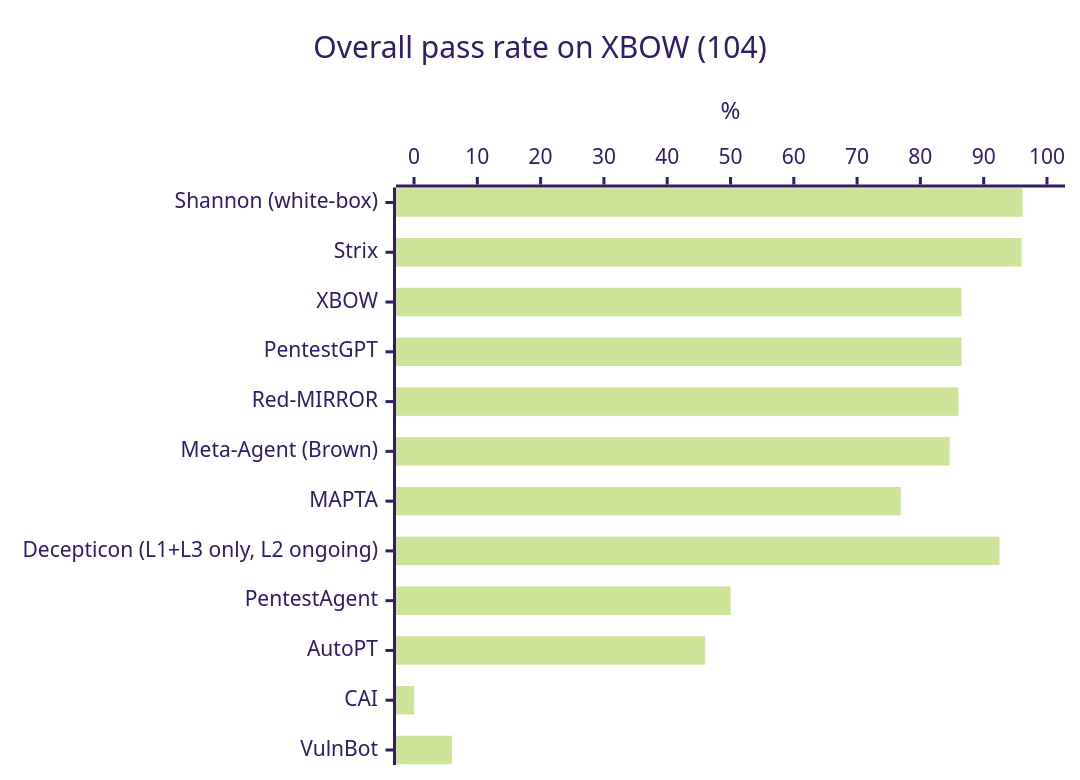
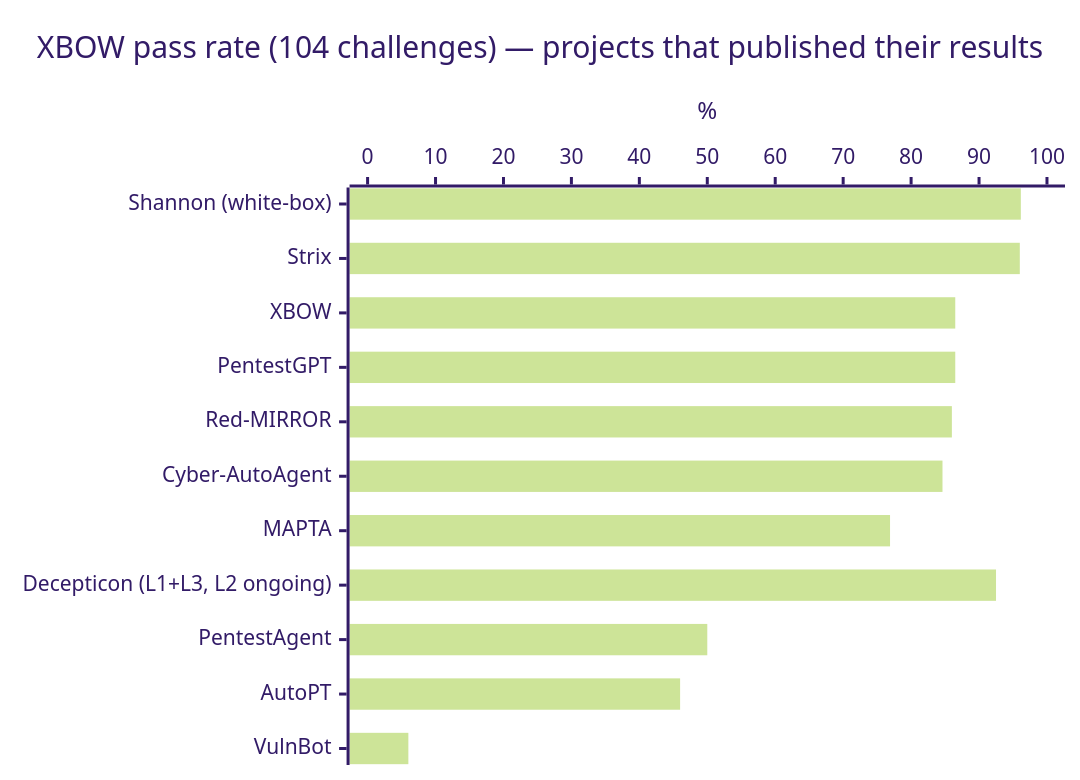
The first of 2 diagrams in docs/benchmark-comparison.md (musicsms/decepticon), drawn with Mermaid (forest theme) before and after one commit. The commit also changed other lines of this file and 1 other file, not shown here.

First line of the commit message:
Restrict comparison to XBOW publishers; flag black-box mode; cross-link

````diff
--- a/docs/benchmark-comparison.md
+++ b/docs/benchmark-comparison.md
@@ -16,7 +17,7 @@
 ```mermaid
 xychart-beta horizontal
-    title "Overall pass rate on XBOW (104)"
-    x-axis ["Shannon (white-box)","Strix","XBOW","PentestGPT","Red-MIRROR","Meta-Agent (Brown)","MAPTA","Decepticon (L1+L3 only, L2 ongoing)","PentestAgent","AutoPT","CAI","VulnBot"]
+    title "XBOW pass rate (104 challenges) — projects that published their results"
+    x-axis ["Shannon (white-box)","Strix","XBOW","PentestGPT","Red-MIRROR","Cyber-AutoAgent","MAPTA","Decepticon (L1+L3, L2 ongoing)","PentestAgent","AutoPT","VulnBot"]
     y-axis "%" 0 --> 100
-    bar [96.15, 96.0, 86.5, 86.5, 86.0, 84.62, 76.9, 92.5, 50.0, 46.0, 0, 6.0]
+    bar [96.15, 96.0, 86.5, 86.5, 86.0, 84.62, 76.9, 92.5, 50.0, 46.0, 6.0]
 ```
````
